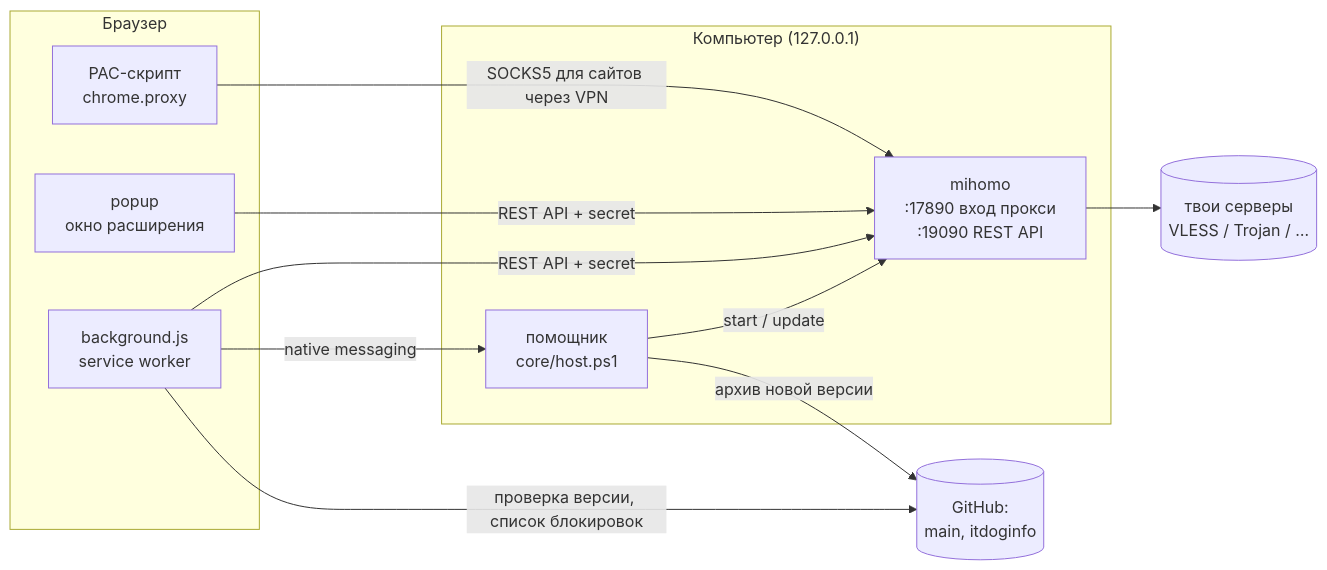
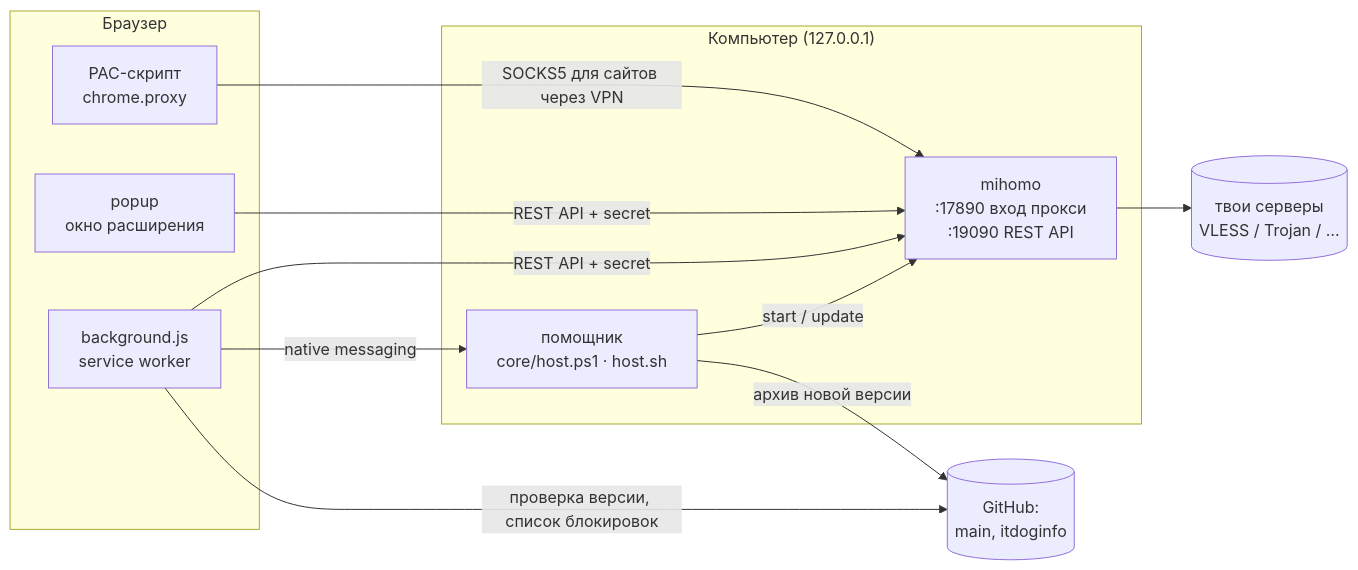
The first of 3 diagrams in docs/architecture.md (DUFUSxD/lazeyka), drawn with Mermaid before and after one commit. The commit also changed other lines of this file and 31 other files, not shown here.

````diff
--- a/docs/architecture.md
+++ b/docs/architecture.md
@@ -5,22 +5,22 @@
 ```mermaid
 flowchart LR
   subgraph Браузер
     P[popup<br/>окно расширения]
     B[background.js<br/>service worker]
     PAC[PAC-скрипт<br/>chrome.proxy]
   end
   subgraph "Компьютер (127.0.0.1)"
     M[mihomo<br/>:17890 вход прокси<br/>:19090 REST API]
-    H[помощник<br/>core/host.ps1]
+    H[помощник<br/>core/host.ps1 · host.sh]
   end
   S[(твои серверы<br/>VLESS / Trojan / …)]
   G[(GitHub:<br/>main, itdoginfo)]
 
   PAC -- "SOCKS5 для сайтов через VPN" --> M
   P & B -- "REST API + secret" --> M
   B -- "native messaging" --> H
   H -- "start / update" --> M
   M --> S
   B -- "проверка версии, список блокировок" --> G
   H -- "архив новой версии" --> G
 ```
````
